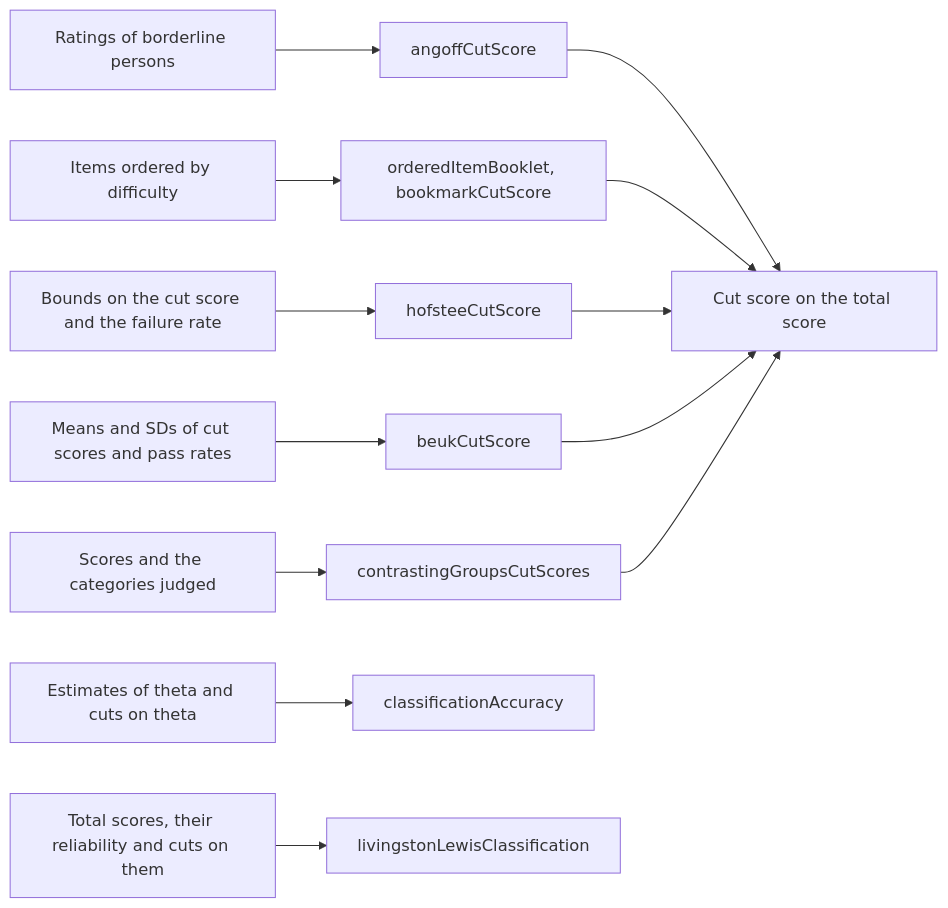
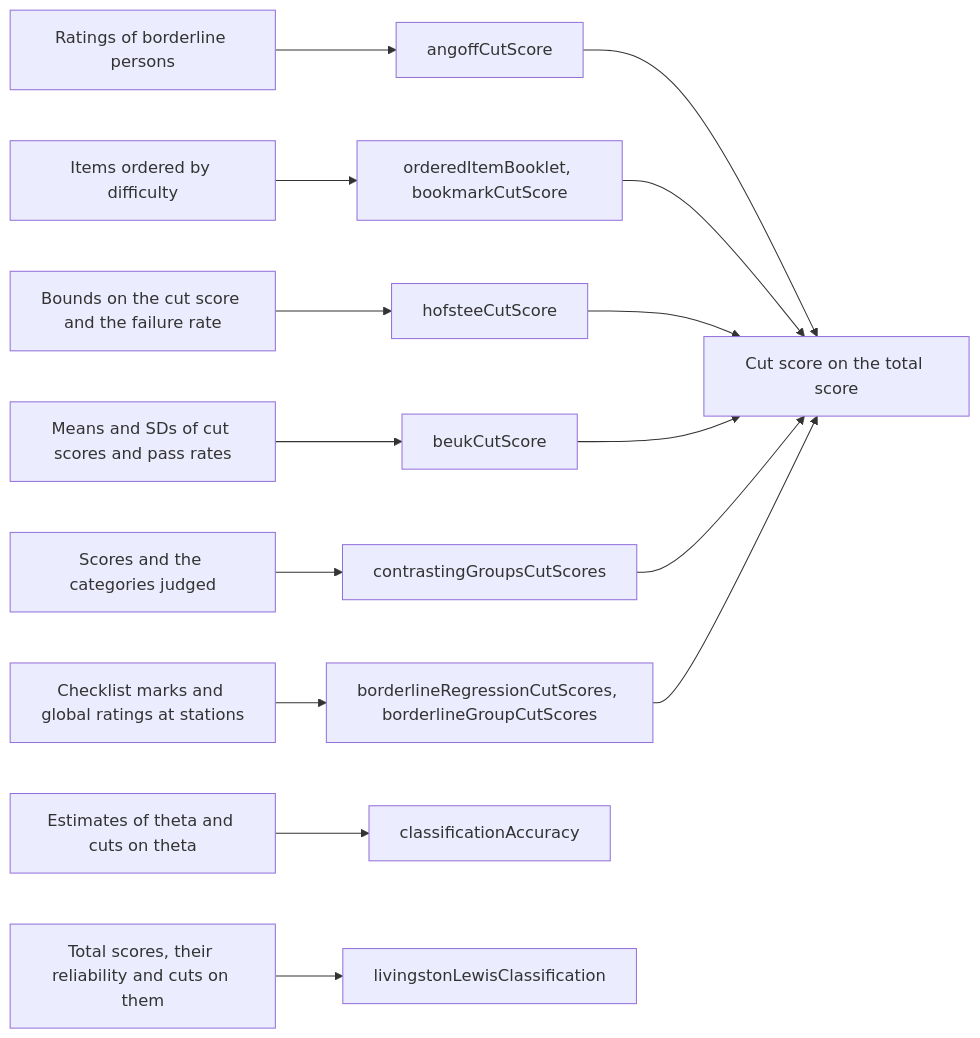
One commit to measurekit/measurekit changed the first of 3 diagrams in docs/psychometrics/standard-setting.md. Above: the diagram before and after it, drawn with Mermaid. The commit also changed other lines of this file and 17 other files, not shown here.

First line of the commit message:
Set the cut scores of performance tests such as OSCEs by borderline regression and the borderline group

````diff
--- a/docs/psychometrics/standard-setting.md
+++ b/docs/psychometrics/standard-setting.md
@@ -11,15 +12,17 @@
 ```mermaid
 flowchart LR
   A["Ratings of borderline persons"] --> AC["angoffCutScore"]
   B["Items ordered by difficulty"] --> BC["orderedItemBooklet, bookmarkCutScore"]
   H["Bounds on the cut score and the failure rate"] --> HC["hofsteeCutScore"]
   K["Means and SDs of cut scores and pass rates"] --> KC["beukCutScore"]
   G["Scores and the categories judged"] --> GC["contrastingGroupsCutScores"]
+  O["Checklist marks and global ratings at stations"] --> OC["borderlineRegressionCutScores, borderlineGroupCutScores"]
   AC --> C["Cut score on the total score"]
   BC --> C
   HC --> C
   KC --> C
   GC --> C
+  OC --> C
   E["Estimates of theta and cuts on theta"] --> Q["classificationAccuracy"]
   T["Total scores, their reliability and cuts on them"] --> L["livingstonLewisClassification"]
 ```
````
